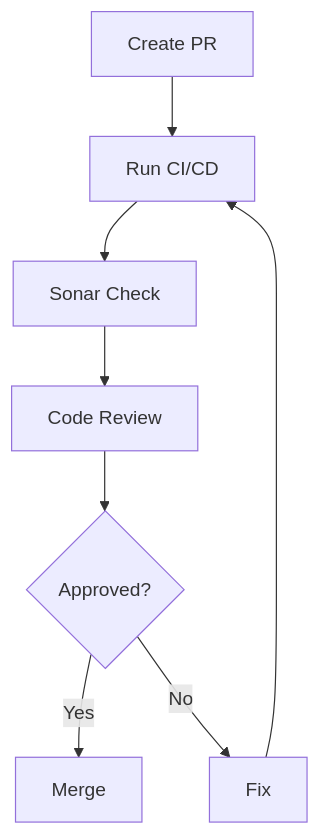
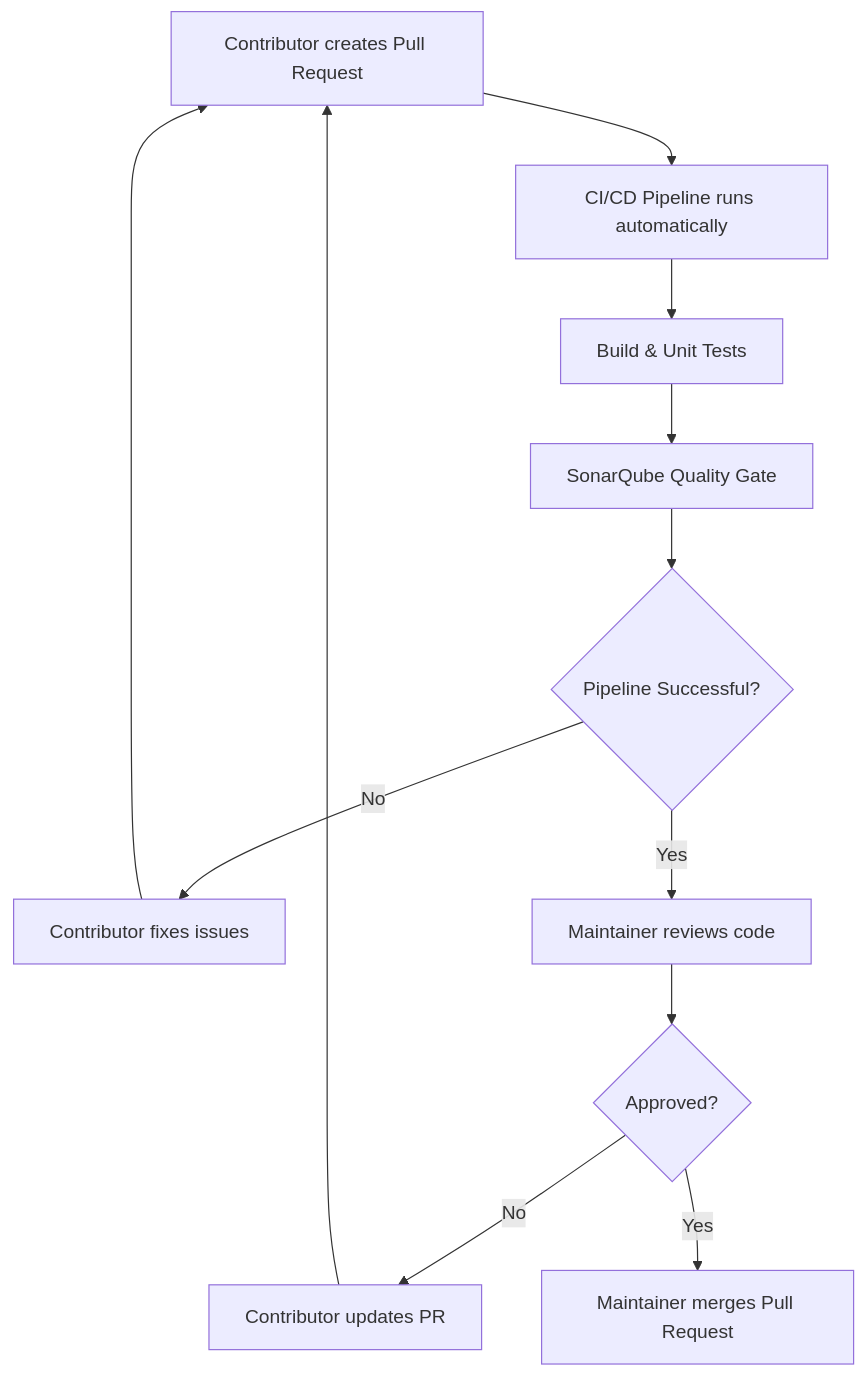
One commit to teamg4it/g4it changed the eighth of 8 diagrams in CONTRIBUTING.md. Above: the diagram before and after it, drawn with Mermaid. The commit also changed other lines of this file, not shown here.

````diff
--- a/CONTRIBUTING.md
+++ b/CONTRIBUTING.md
@@ -177,10 +199,14 @@
 ```mermaid
 flowchart TD
-    A[Create PR] --> B[Run CI/CD]
-    B --> C[Sonar Check]
-    C --> D[Code Review]
-    D --> E{Approved?}
-    E -->|Yes| F[Merge]
-    E -->|No| G[Fix]
-    G --> B
+A[Contributor creates Pull Request] --> B[CI/CD Pipeline runs automatically]
+B --> C[Build & Unit Tests]
+C --> D[SonarQube Quality Gate]
+D --> E{Pipeline Successful?}
+E -->|No| F[Contributor fixes issues]
+F --> A
+E -->|Yes| G[Maintainer reviews code]
+G --> H{Approved?}
+H -->|No| I[Contributor updates PR]
+I --> A
+H -->|Yes| J[Maintainer merges Pull Request]
 ```
````
